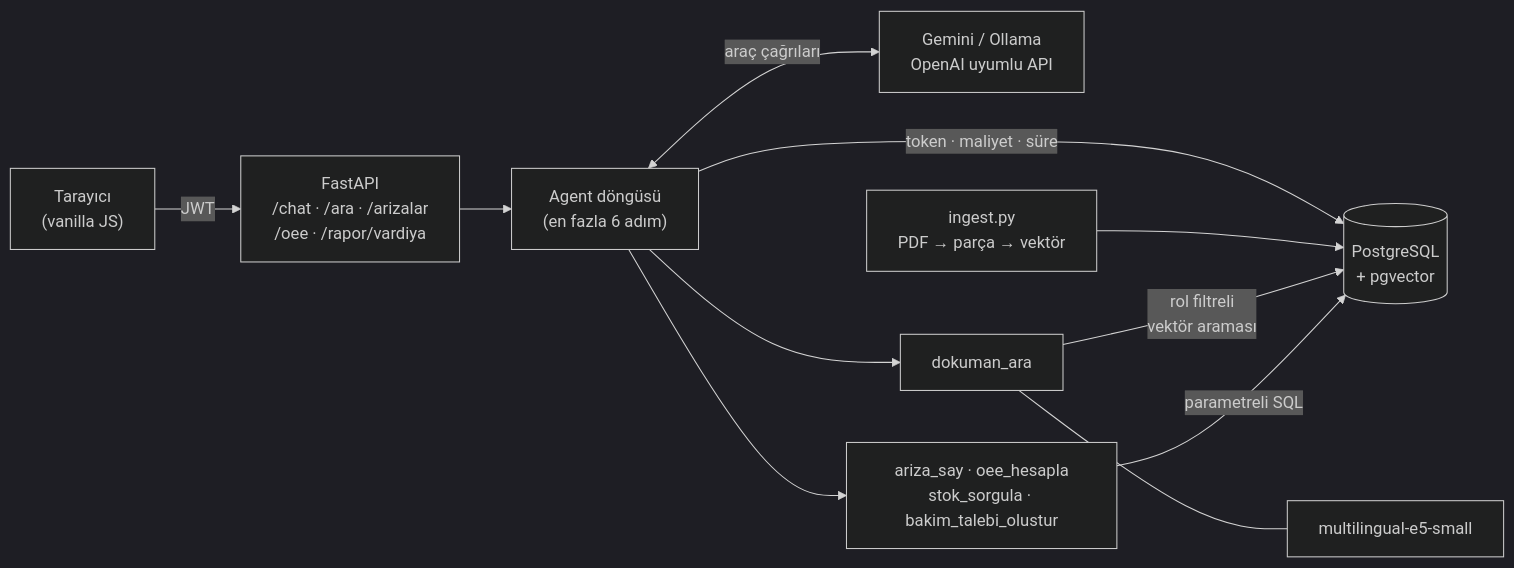
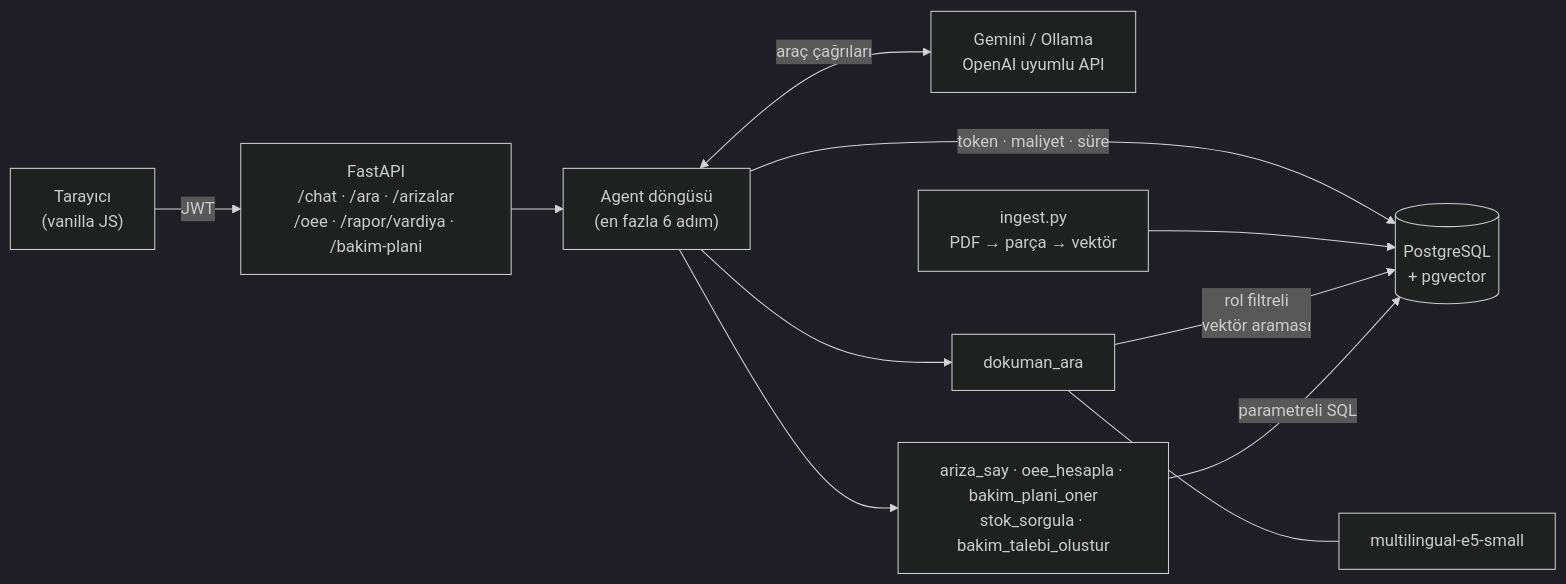
Before and after one commit to omer1916/andon: the diagram in README.md, drawn with Mermaid (dark theme). The commit also changed other lines of this file and 15 other files, not shown here.

````diff
--- a/README.md
+++ b/README.md
@@ -45,13 +49,13 @@
 ```mermaid
 flowchart LR
-    K["Tarayıcı<br/>(vanilla JS)"] -->|JWT| API["FastAPI<br/>/chat · /ara · /arizalar<br/>/oee · /rapor/vardiya"]
+    K["Tarayıcı<br/>(vanilla JS)"] -->|JWT| API["FastAPI<br/>/chat · /ara · /arizalar<br/>/oee · /rapor/vardiya · /bakim-plani"]
     API --> AG["Agent döngüsü<br/>(en fazla 6 adım)"]
     AG <-->|"araç çağrıları"| LLM["Gemini / Ollama<br/>OpenAI uyumlu API"]
-    AG --> T1["ariza_say · oee_hesapla<br/>stok_sorgula · bakim_talebi_olustur"]
+    AG --> T1["ariza_say · oee_hesapla · bakim_plani_oner<br/>stok_sorgula · bakim_talebi_olustur"]
     AG --> T2["dokuman_ara"]
     T1 -->|"parametreli SQL"| PG[("PostgreSQL<br/>+ pgvector")]
     T2 -->|"rol filtreli<br/>vektör araması"| PG
     T2 --- EMB["multilingual-e5-small"]
     ING["ingest.py<br/>PDF → parça → vektör"] --> PG
     AG -->|"token · maliyet · süre"| PG
 ```
````
